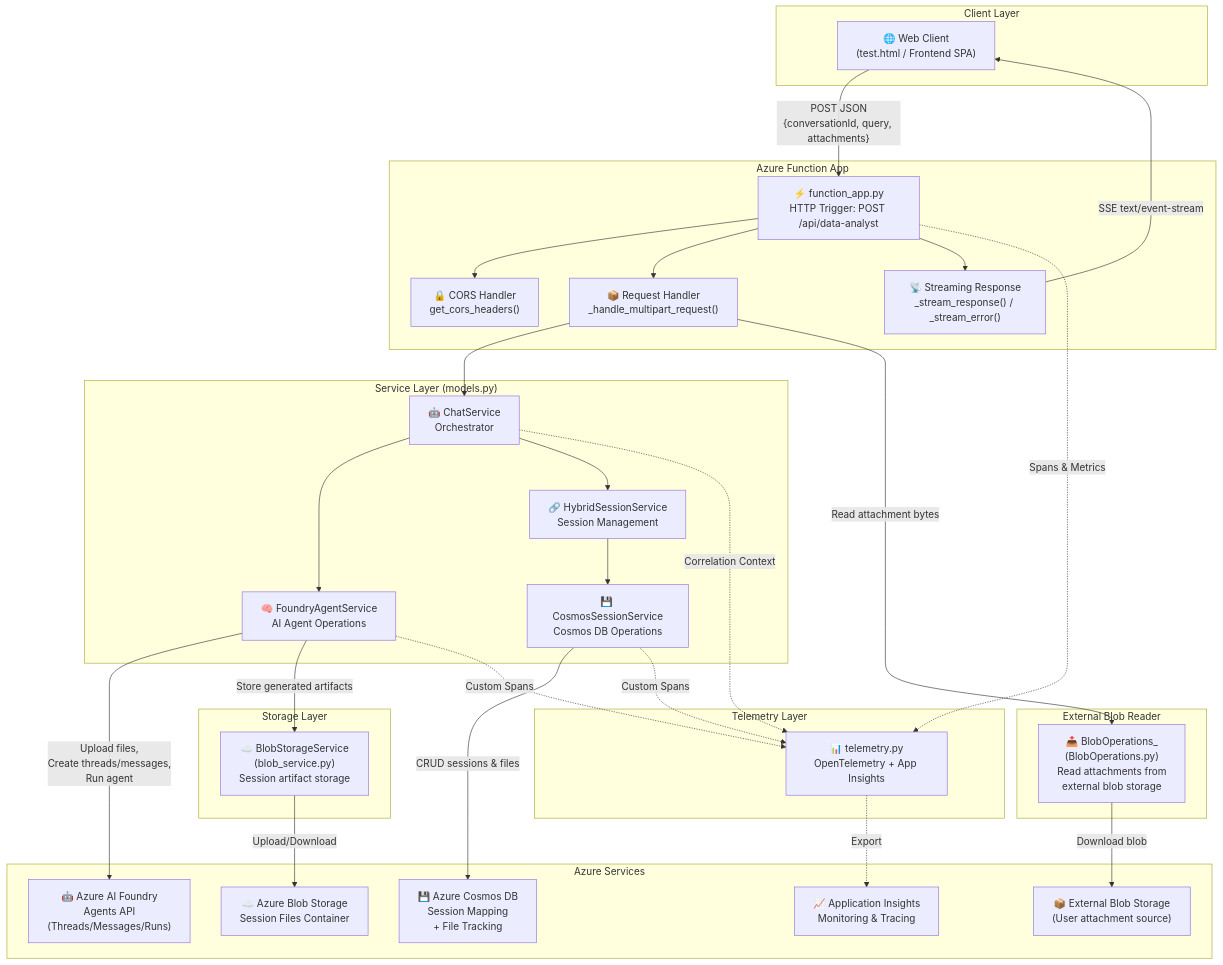
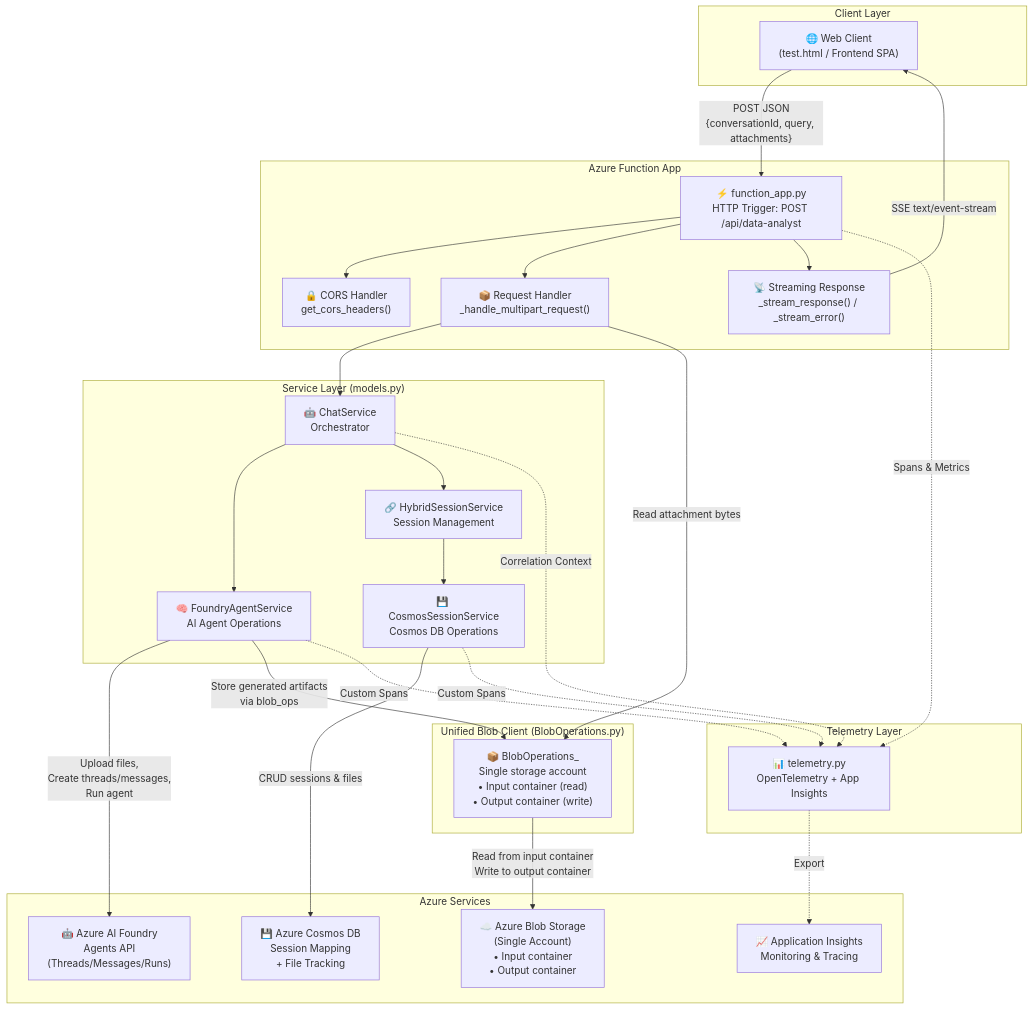
One commit to sarahselwadi/data-analyst-agent changed the first of 11 diagrams in architecture_diagram.md. Above: the diagram before and after it, drawn with Mermaid. The commit also changed other lines of this file and 5 other files, not shown here.

Commit message:
unify storage client

````diff
--- a/architecture_diagram.md
+++ b/architecture_diagram.md
@@ -5,61 +5,55 @@
 ```mermaid
 graph TB
     subgraph "Client Layer"
         CLIENT["🌐 Web Client<br/>(test.html / Frontend SPA)"]
     end
 
     subgraph "Azure Function App"
         FA["⚡ function_app.py<br/>HTTP Trigger: POST /api/data-analyst"]
         CORS["🔒 CORS Handler<br/>get_cors_headers()"]
         STREAM["📡 Streaming Response<br/>_stream_response() / _stream_error()"]
         MULTIPART["📦 Request Handler<br/>_handle_multipart_request()"]
     end
 
     subgraph "Service Layer (models.py)"
         CS["🤖 ChatService<br/>Orchestrator"]
         FAS["🧠 FoundryAgentService<br/>AI Agent Operations"]
         HSS["🔗 HybridSessionService<br/>Session Management"]
         CSS["💾 CosmosSessionService<br/>Cosmos DB Operations"]
     end
 
-    subgraph "External Blob Reader"
-        BOPS["📥 BlobOperations_<br/>(BlobOperations.py)<br/>Read attachments from<br/>external blob storage"]
-    end
-
-    subgraph "Storage Layer"
-        BLOB["☁️ BlobStorageService<br/>(blob_service.py)<br/>Session artifact storage"]
+    subgraph "Unified Blob Client (BlobOperations.py)"
+        BOPS["📦 BlobOperations_<br/>Single storage account<br/>• Input container (read)<br/>• Output container (write)"]
     end
 
     subgraph "Telemetry Layer"
         TEL["📊 telemetry.py<br/>OpenTelemetry + App Insights"]
     end
 
     subgraph "Azure Services"
         AI["🤖 Azure AI Foundry<br/>Agents API<br/>(Threads/Messages/Runs)"]
         COSMOS["💾 Azure Cosmos DB<br/>Session Mapping<br/>+ File Tracking"]
-        BLOBAZ["☁️ Azure Blob Storage<br/>Session Files Container"]
+        BLOBAZ["☁️ Azure Blob Storage<br/>(Single Account)<br/>• Input container<br/>• Output container"]
         APPINS["📈 Application Insights<br/>Monitoring & Tracing"]
-        EXTBLOB["📦 External Blob Storage<br/>(User attachment source)"]
     end
 
     CLIENT -->|"POST JSON<br/>{conversationId, query, attachments}"| FA
     FA --> CORS
     FA --> MULTIPART
     MULTIPART --> CS
     MULTIPART -->|"Read attachment bytes"| BOPS
-    BOPS -->|"Download blob"| EXTBLOB
+    BOPS -->|"Read from input container<br/>Write to output container"| BLOBAZ
     CS --> FAS
     CS --> HSS
     HSS --> CSS
     CSS -->|"CRUD sessions & files"| COSMOS
     FAS -->|"Upload files,<br/>Create threads/messages,<br/>Run agent"| AI
-    FAS -->|"Store generated artifacts"| BLOB
-    BLOB -->|"Upload/Download"| BLOBAZ
+    FAS -->|"Store generated artifacts<br/>via blob_ops"| BOPS
     FA --> STREAM
     STREAM -->|"SSE text/event-stream"| CLIENT
     FA -.->|"Spans & Metrics"| TEL
     TEL -.->|"Export"| APPINS
     CS -.->|"Correlation Context"| TEL
     FAS -.->|"Custom Spans"| TEL
     CSS -.->|"Custom Spans"| TEL
 ```
````
